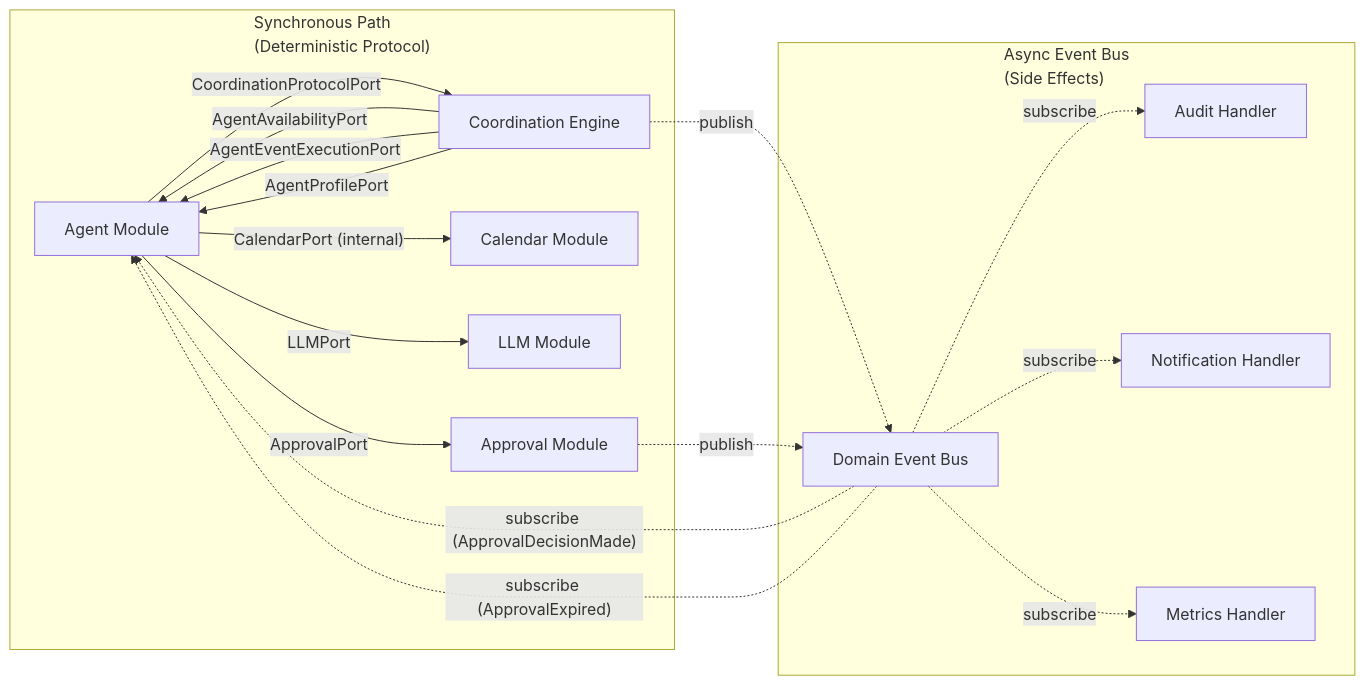
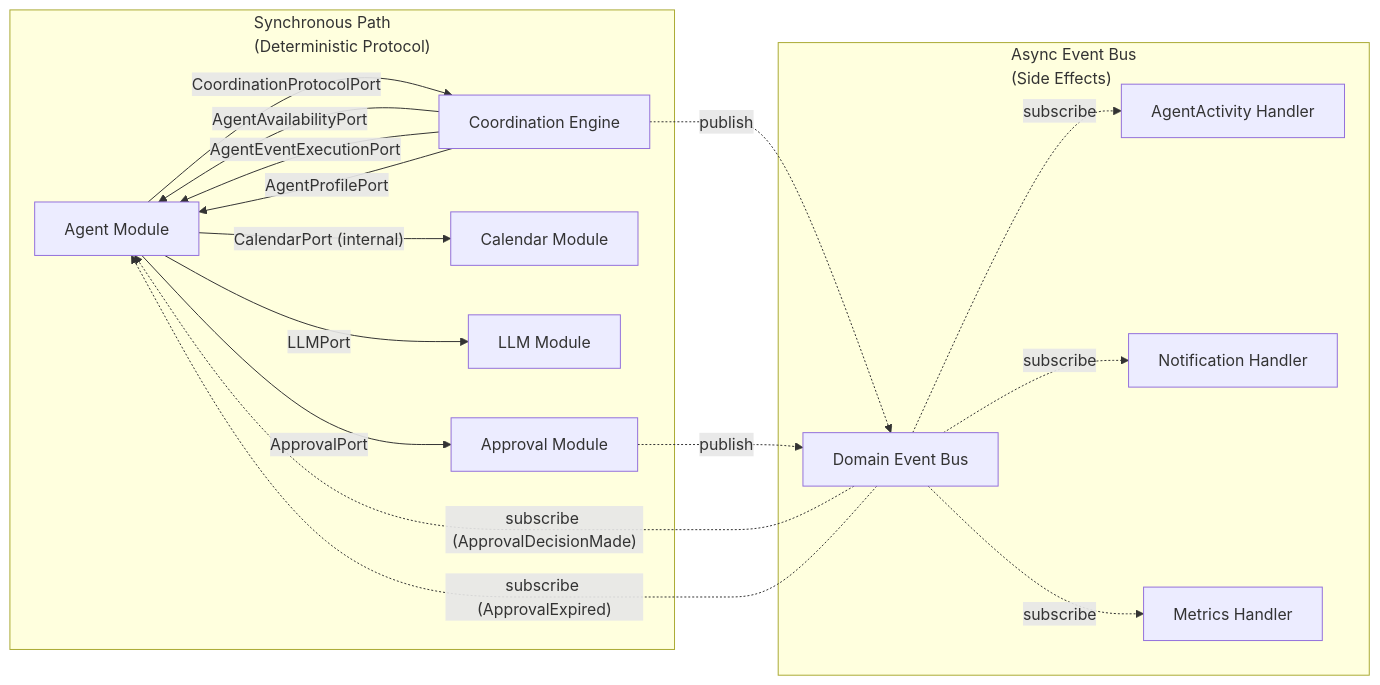
One commit to TanmayZade/CoAgent4U changed the sixth of 6 diagrams in documentation/arcs42/04-solution-strategy.md. Above: the diagram before and after it, drawn with Mermaid. The commit also changed other lines of this file and 90 other files, not shown here.

Commit message:
refactor: globally rename Audit Log to Agent Activity

````diff
--- a/documentation/arcs42/04-solution-strategy.md
+++ b/documentation/arcs42/04-solution-strategy.md
@@ -843,38 +843,38 @@
 ```mermaid
 flowchart LR
 
     %% =========================
     %% SYNCHRONOUS PATH
     %% =========================
     subgraph SYNC["Synchronous Path<br/>(Deterministic Protocol)"]
 
         AGT["Agent Module"] -->|"CoordinationProtocolPort"| CE["Coordination Engine"]
 
         CE -->|"AgentAvailabilityPort"| AGT
         CE -->|"AgentEventExecutionPort"| AGT
         CE -->|"AgentProfilePort"| AGT
 
         AGT -->|"CalendarPort (internal)"| CAL["Calendar Module"]
         AGT -->|"LLMPort"| LLM["LLM Module"]
         AGT -->|"ApprovalPort"| APP["Approval Module"]
 
     end
 
 
     %% =========================
     %% ASYNCHRONOUS PATH
     %% =========================
     subgraph ASYNC["Async Event Bus<br/>(Side Effects)"]
 
         CE -.->|"publish"| EB["Domain Event Bus"]
         APP -.->|"publish"| EB
 
-        EB -.->|"subscribe"| AUD["Audit Handler"]
+        EB -.->|"subscribe"| AUD["AgentActivity Handler"]
         EB -.->|"subscribe"| NOT["Notification Handler"]
         EB -.->|"subscribe"| MET["Metrics Handler"]
 
         EB -.->|"subscribe (ApprovalDecisionMade)"| AGT
         EB -.->|"subscribe (ApprovalExpired)"| AGT
 
     end
 ```
````
